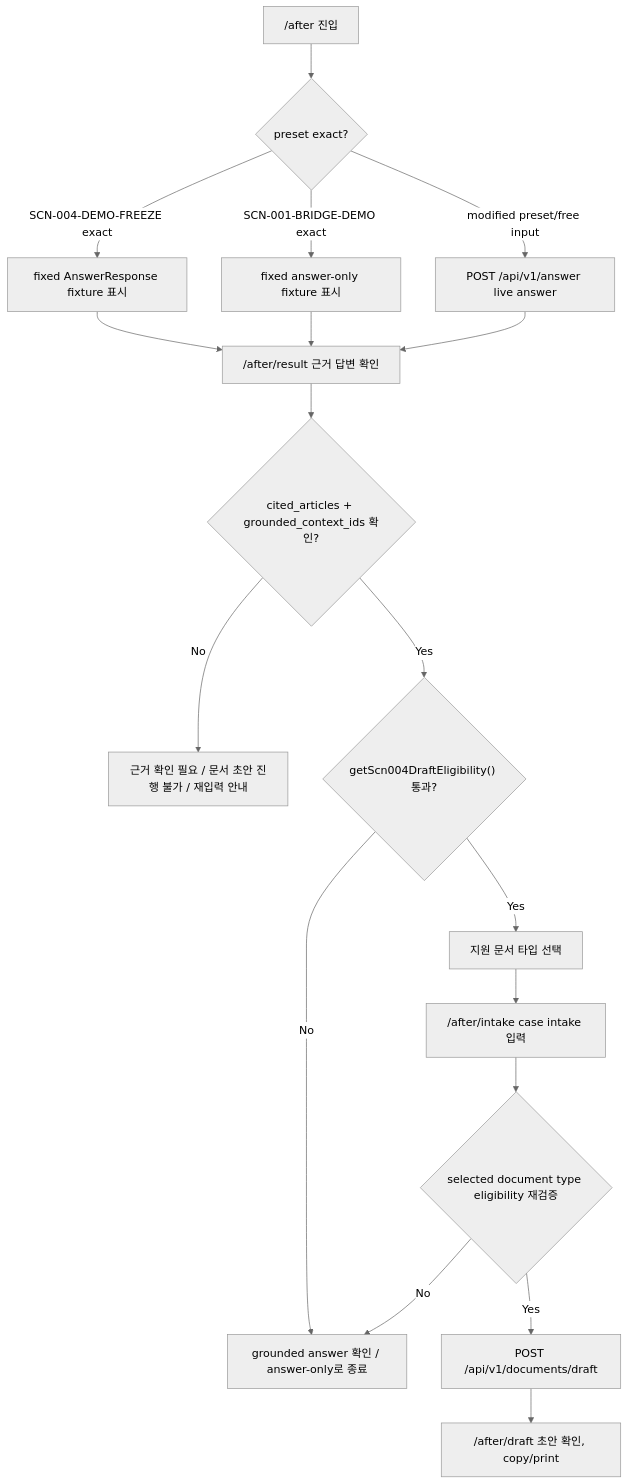
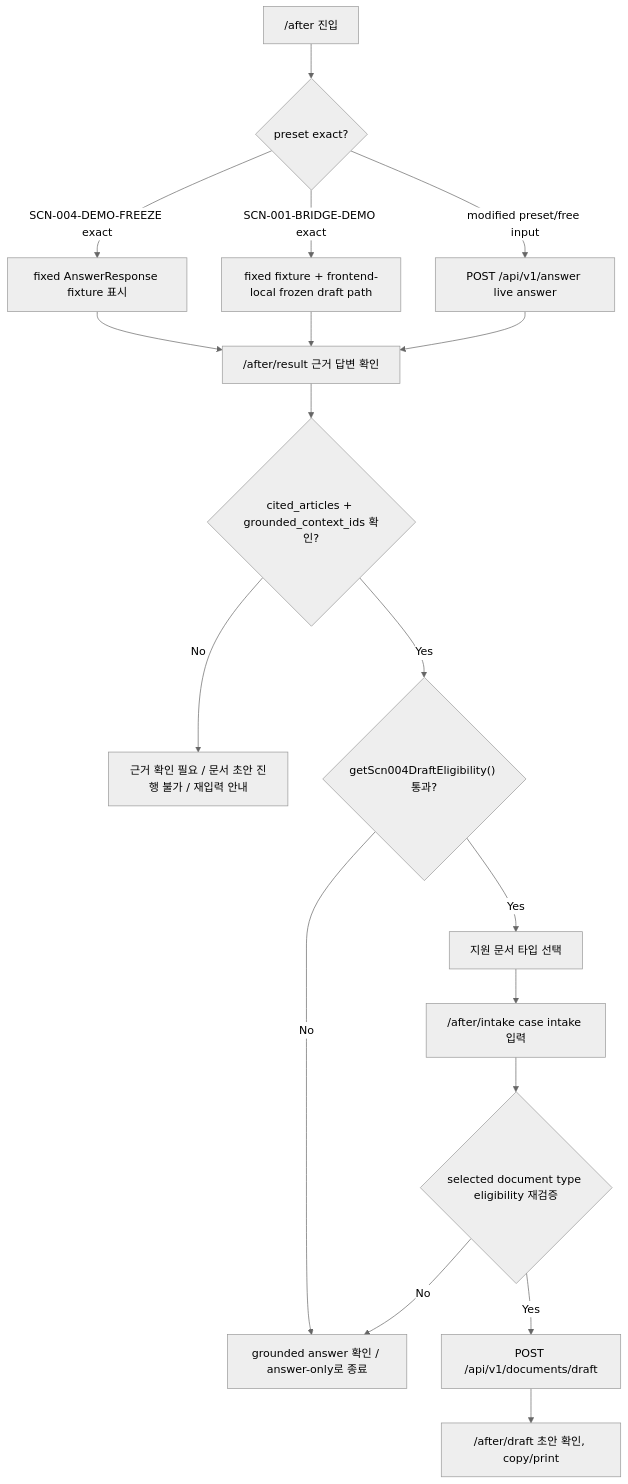
One commit to 2026-moel-datacontest-core/law_main_road_main changed the diagram in docs/specs/after/requirements.md. Above: the diagram before and after it, drawn with Mermaid (neutral theme). The commit also changed other lines of this file and 32 other files, not shown here.

````diff
--- a/docs/specs/after/requirements.md
+++ b/docs/specs/after/requirements.md
@@ -51,20 +63,20 @@
 ```mermaid
 flowchart TD
   A["/after 진입"] --> B{"preset exact?"}
   B -->|SCN-004-DEMO-FREEZE exact| C["fixed AnswerResponse fixture 표시"]
-  B -->|SCN-001-BRIDGE-DEMO exact| D["fixed answer-only fixture 표시"]
+  B -->|SCN-001-BRIDGE-DEMO exact| D["fixed fixture + frontend-local frozen draft path"]
   B -->|modified preset/free input| E["POST /api/v1/answer live answer"]
   C --> F["/after/result 근거 답변 확인"]
   D --> F
   E --> F
   F --> G{"cited_articles + grounded_context_ids 확인?"}
   G -->|No| H["근거 확인 필요 / 문서 초안 진행 불가 / 재입력 안내"]
   G -->|Yes| I{"getScn004DraftEligibility() 통과?"}
   I -->|No| J["grounded answer 확인 / answer-only로 종료"]
   I -->|Yes| K["지원 문서 타입 선택"]
   K --> M["/after/intake case intake 입력"]
   M --> N{"selected document type eligibility 재검증"}
   N -->|No| J
   N -->|Yes| K2["POST /api/v1/documents/draft"]
   K2 --> L["/after/draft 초안 확인, copy/print"]
 ```
````
